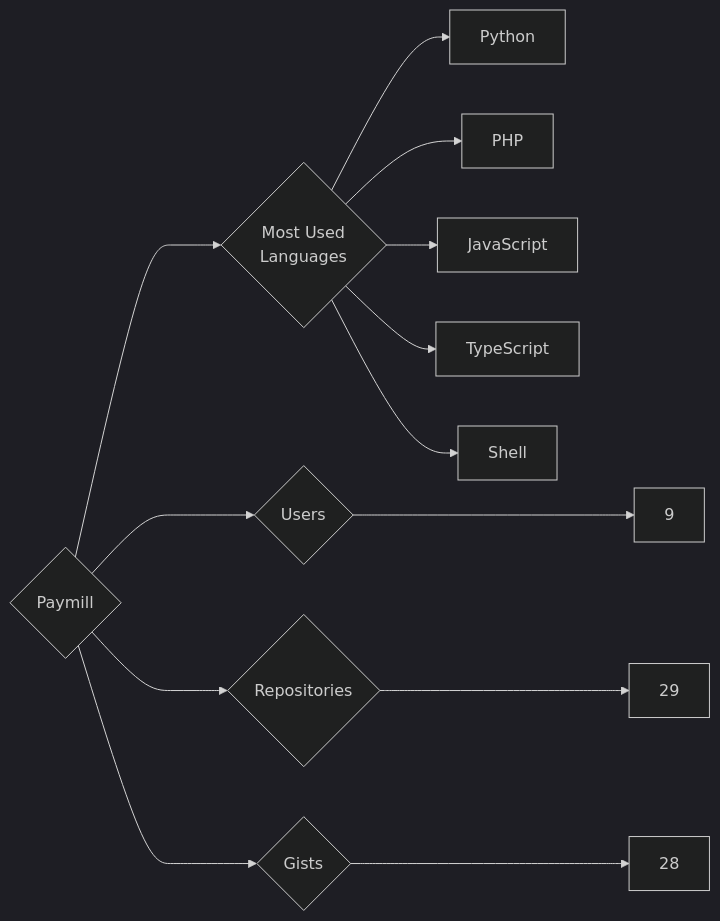
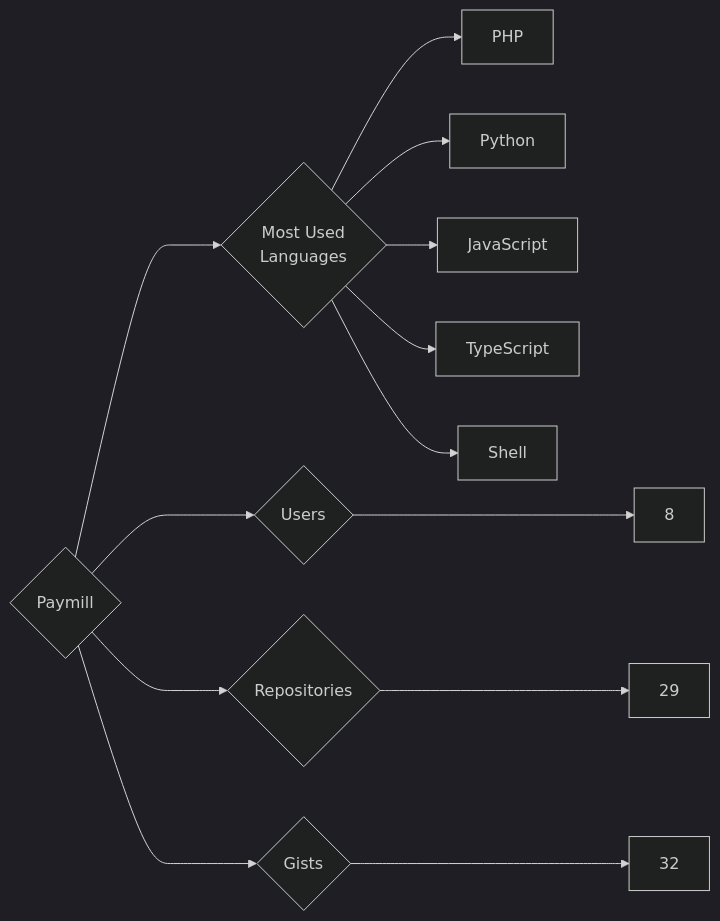
One commit to trickest/insiders changed the diagram in targets/Paymill/README.md. Above: the diagram before and after it, drawn with Mermaid (dark theme). The commit also changed 1484 other files, not shown here.

````diff
--- a/targets/Paymill/README.md
+++ b/targets/Paymill/README.md
@@ -3,13 +3,13 @@
 ```mermaid
 graph LR
 COMPANY_NAME{Paymill}
-COMPANY_NAME ---> U{Users} ---> UN[9]
+COMPANY_NAME ---> U{Users} ---> UN[8]
 COMPANY_NAME ---> R{Repositories} ---> RN[29]
-COMPANY_NAME ---> G{Gists} ---> GN[28]
+COMPANY_NAME ---> G{Gists} ---> GN[32]
 COMPANY_NAME ---> ML{Most Used<br>Languages}
+ML --> PHP[PHP]
 ML --> Python[Python]
-ML --> PHP[PHP]
 ML --> JavaScript[JavaScript]
 ML --> TypeScript[TypeScript]
 ML --> Shell[Shell]
 ```
````
